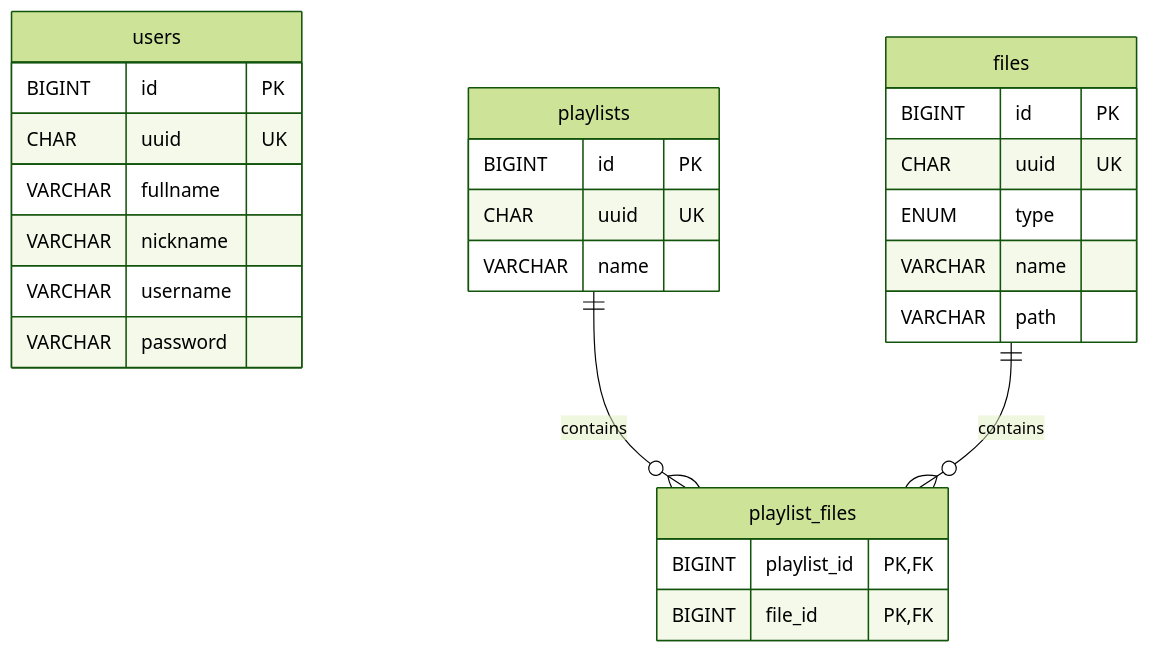
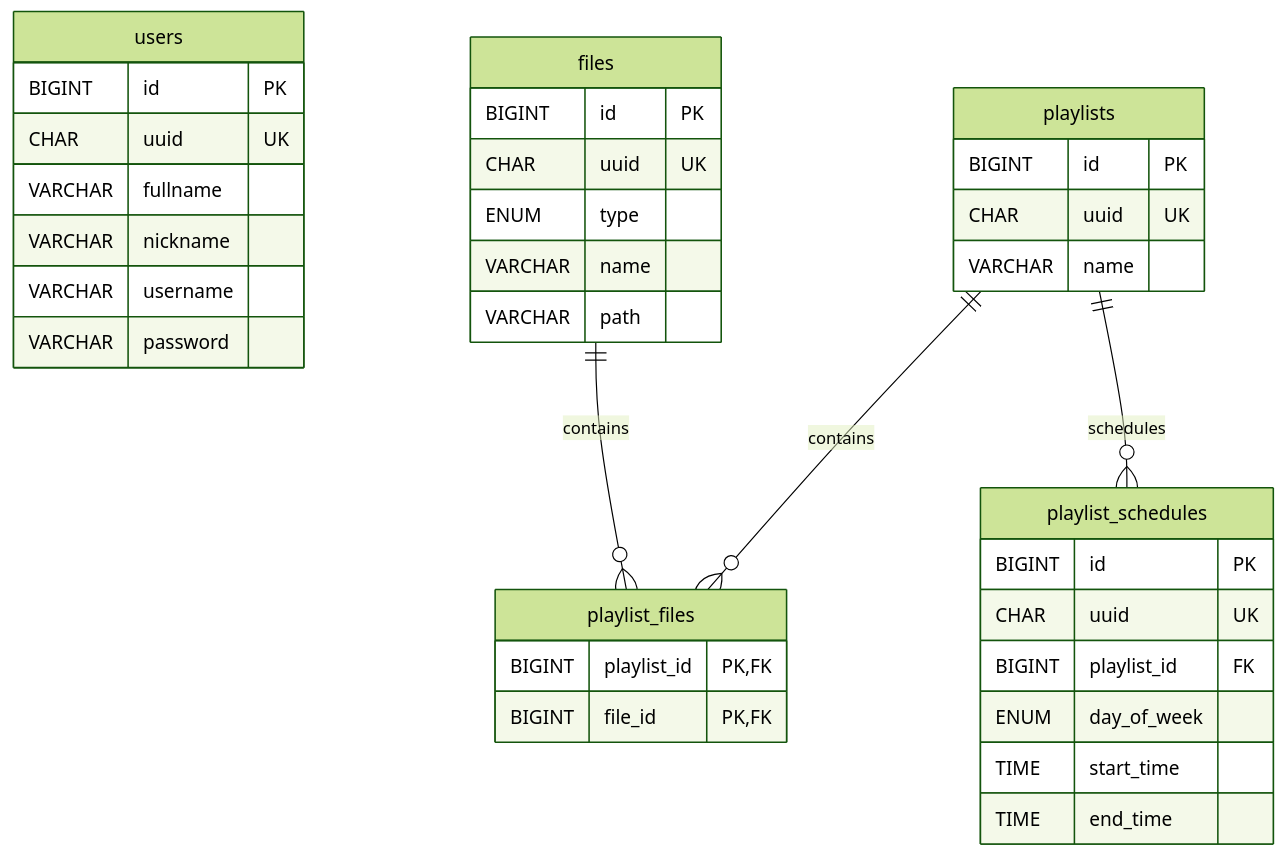
One commit to ojgabrielleal/streamora changed the diagram in docs/database-schema.md. Above: the diagram before and after it, drawn with Mermaid (forest theme). The commit also changed other lines of this file and 35 other files, not shown here.

````diff
--- a/docs/database-schema.md
+++ b/docs/database-schema.md
@@ -11,33 +11,43 @@
 ```mermaid
 erDiagram
     users {
         BIGINT id PK
         CHAR uuid UK
         VARCHAR fullname
         VARCHAR nickname
         VARCHAR username
         VARCHAR password
     }
 
     playlists {
         BIGINT id PK
         CHAR uuid UK
         VARCHAR name
     }
 
     files {
         BIGINT id PK
         CHAR uuid UK
         ENUM type
         VARCHAR name
         VARCHAR path
     }
 
     playlist_files {
         BIGINT playlist_id PK, FK
         BIGINT file_id PK, FK
     }
 
+    playlist_schedules {
+        BIGINT id PK
+        CHAR uuid UK
+        BIGINT playlist_id FK
+        ENUM day_of_week
+        TIME start_time
+        TIME end_time
+    }
+
     playlists ||--o{ playlist_files : contains
     files ||--o{ playlist_files : contains
+    playlists ||--o{ playlist_schedules : schedules
 ```
````
